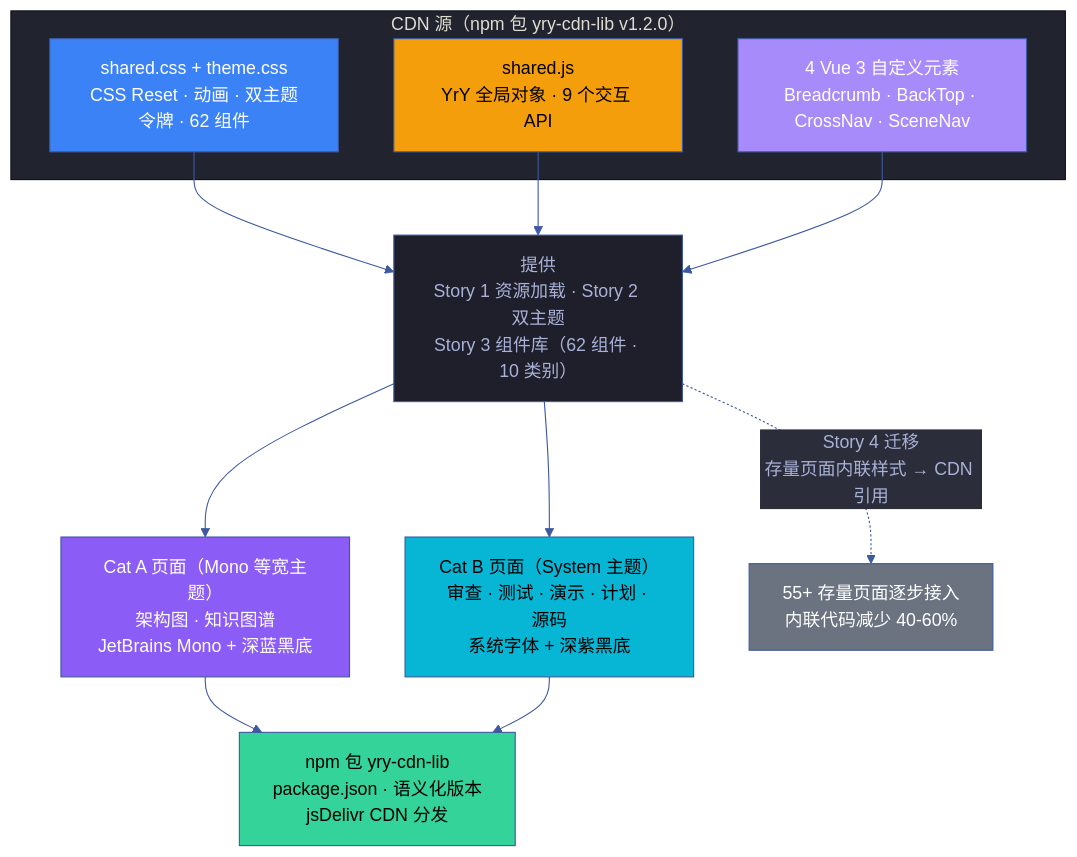
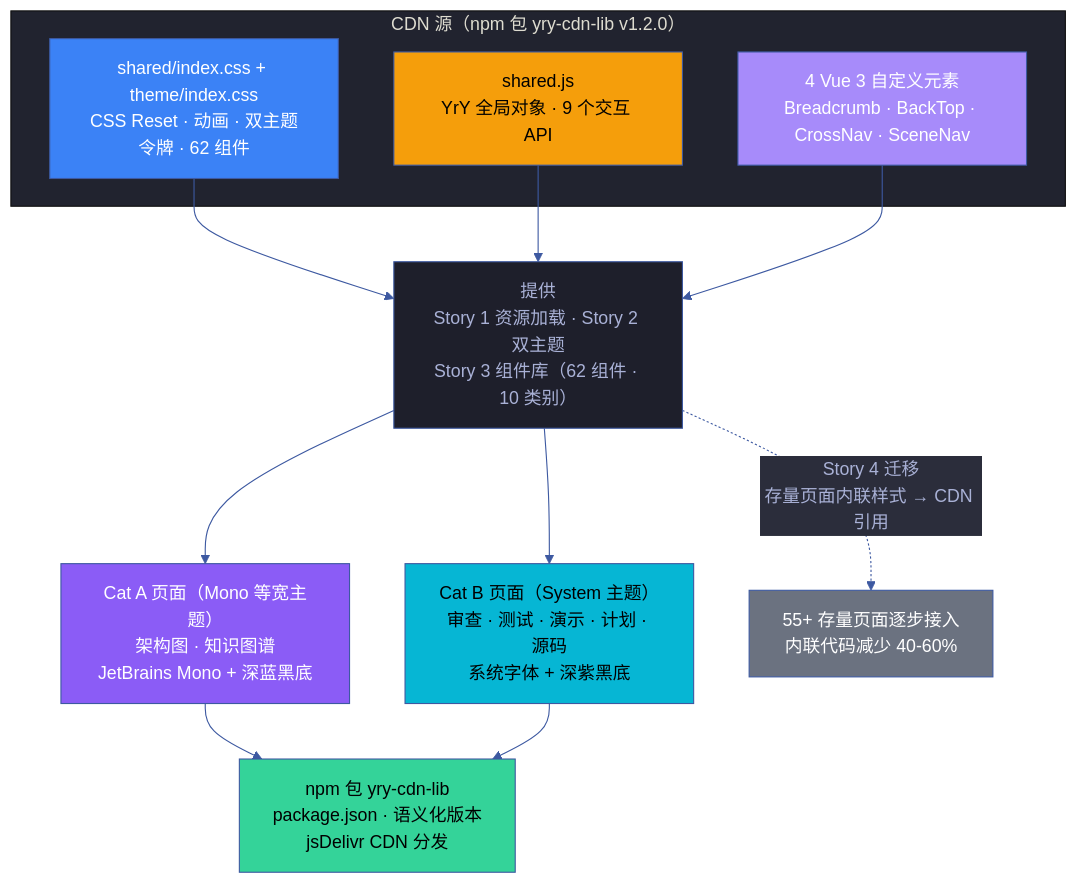
The first of 2 diagrams in cdn/故事任务面板/cdn/故事任务.md (effiy/YrY), drawn with Mermaid before and after one commit. The commit also changed other lines of this file and 553 other files, not shown here.

````diff
--- a/cdn/故事任务面板/cdn/故事任务.md
+++ b/cdn/故事任务面板/cdn/故事任务.md
@@ -14,37 +14,37 @@
 ```mermaid
 %%{init: {'theme': 'base', 'themeVariables': {
   'primaryColor': '#1e1f2b',
   'primaryTextColor': '#a9b1d6',
   'primaryBorderColor': '#3d59a1',
   'lineColor': '#3d59a1',
   'secondaryColor': '#2b2d3b',
   'tertiaryColor': '#21232f'
 }}}%%
 flowchart TD
     subgraph SRC["CDN 源（npm 包 yry-cdn-lib v1.2.0）"]
-        CSS["shared.css + theme.css<br/>CSS Reset · 动画 · 双主题令牌 · 62 组件"]:::css
+        CSS["shared/index.css + theme/index.css<br/>CSS Reset · 动画 · 双主题令牌 · 62 组件"]:::css
         JS["shared.js<br/>YrY 全局对象 · 9 个交互 API"]:::js
         VUE["4 Vue 3 自定义元素<br/>Breadcrumb · BackTop · CrossNav · SceneNav"]:::vue
     end
 
     CSS --> PROVIDE["提供\nStory 1 资源加载 · Story 2 双主题\nStory 3 组件库（62 组件 · 10 类别）"]:::provide
     JS --> PROVIDE
     VUE --> PROVIDE
 
     PROVIDE --> CAT_A["Cat A 页面（Mono 等宽主题）\n架构图 · 知识图谱\nJetBrains Mono + 深蓝黑底"]:::catA
     PROVIDE --> CAT_B["Cat B 页面（System 主题）\n审查 · 测试 · 演示 · 计划 · 源码\n系统字体 + 深紫黑底"]:::catB
 
     CAT_A --> NPM["npm 包 yry-cdn-lib\npackage.json · 语义化版本\njsDelivr CDN 分发"]:::npm
     CAT_B --> NPM
 
     PROVIDE -.->|"Story 4 迁移\n存量页面内联样式 → CDN 引用"| MIG["55+ 存量页面逐步接入\n内联代码减少 40-60%"]:::mig
 
     classDef css fill:#3B82F6,color:#fff
     classDef js fill:#f59e0b,color:#000
     classDef vue fill:#a78bfa,color:#fff
     classDef provide fill:#1e1f2b,stroke:#3d59a1,color:#a9b1d6
     classDef catA fill:#8B5CF6,color:#fff
     classDef catB fill:#06b6d4,color:#000
     classDef npm fill:#34d399,color:#000
     classDef mig fill:#6B7280,color:#fff
 ```
````
